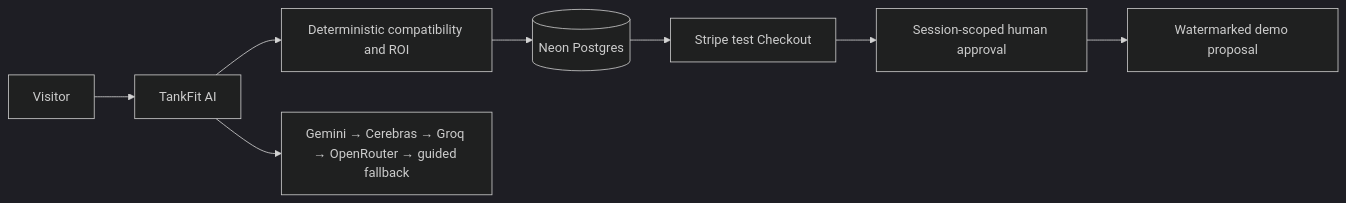
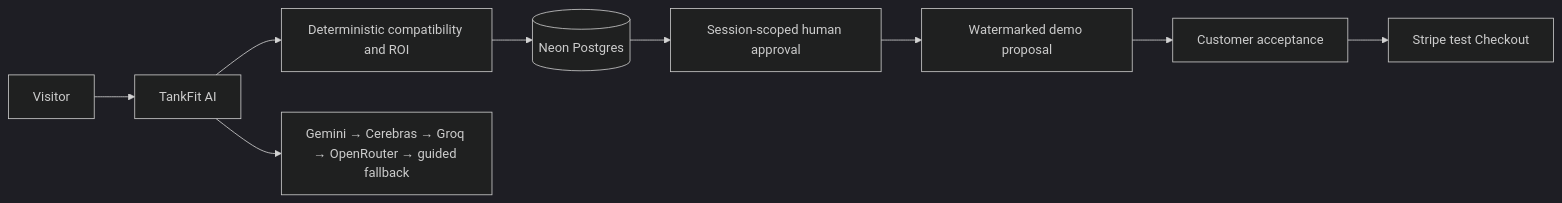
The diagram in docs/submission/project-card.md (davicanada/tankfit-ai), drawn with Mermaid (dark theme) before and after one commit. The commit also changed other lines of this file and 39 other files, not shown here.

````diff
--- a/docs/submission/project-card.md
+++ b/docs/submission/project-card.md
@@ -21,10 +21,11 @@
 ```mermaid
 flowchart LR
     Visitor[Visitor] --> Advisor[TankFit AI]
     Advisor --> Rules[Deterministic compatibility and ROI]
     Rules --> DB[(Neon Postgres)]
-    DB --> Checkout[Stripe test Checkout]
-    Checkout --> Approval[Session-scoped human approval]
+    DB --> Approval[Session-scoped human approval]
     Approval --> Proposal[Watermarked demo proposal]
+    Proposal --> Acceptance[Customer acceptance]
+    Acceptance --> Checkout[Stripe test Checkout]
     Advisor --> Providers[Gemini → Cerebras → Groq → OpenRouter → guided fallback]
 ```
````
